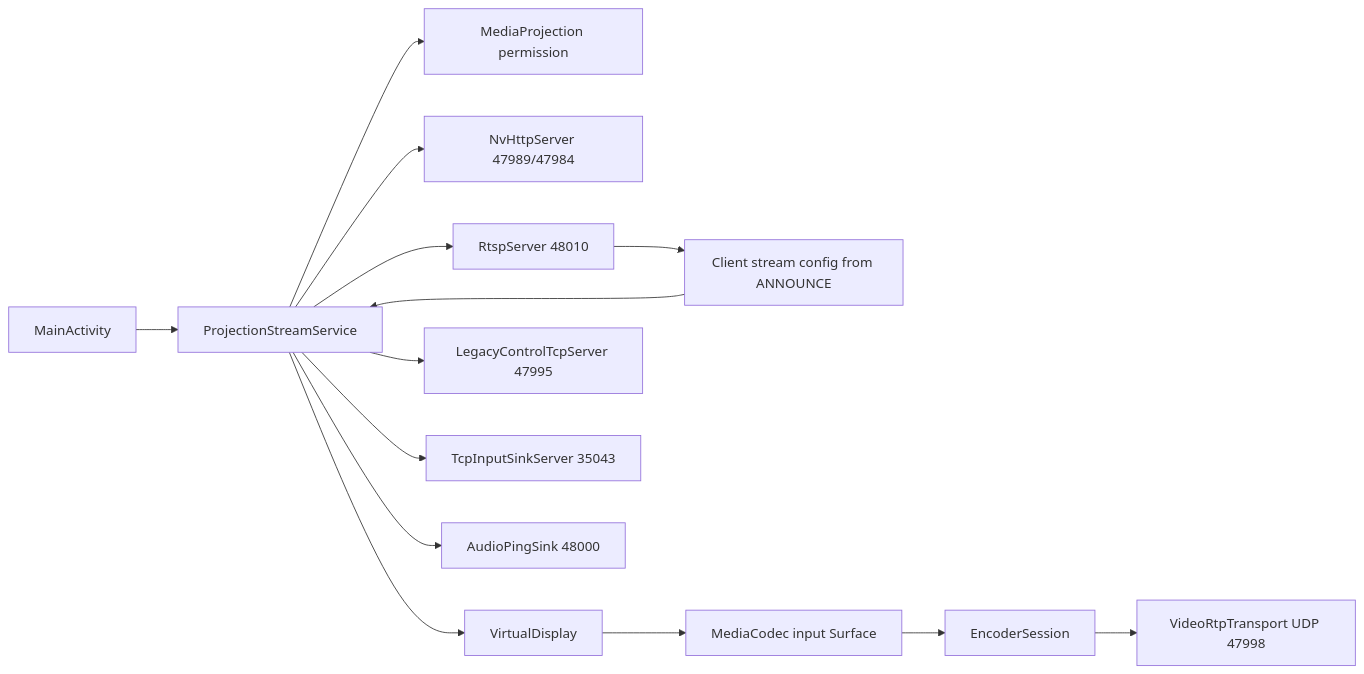
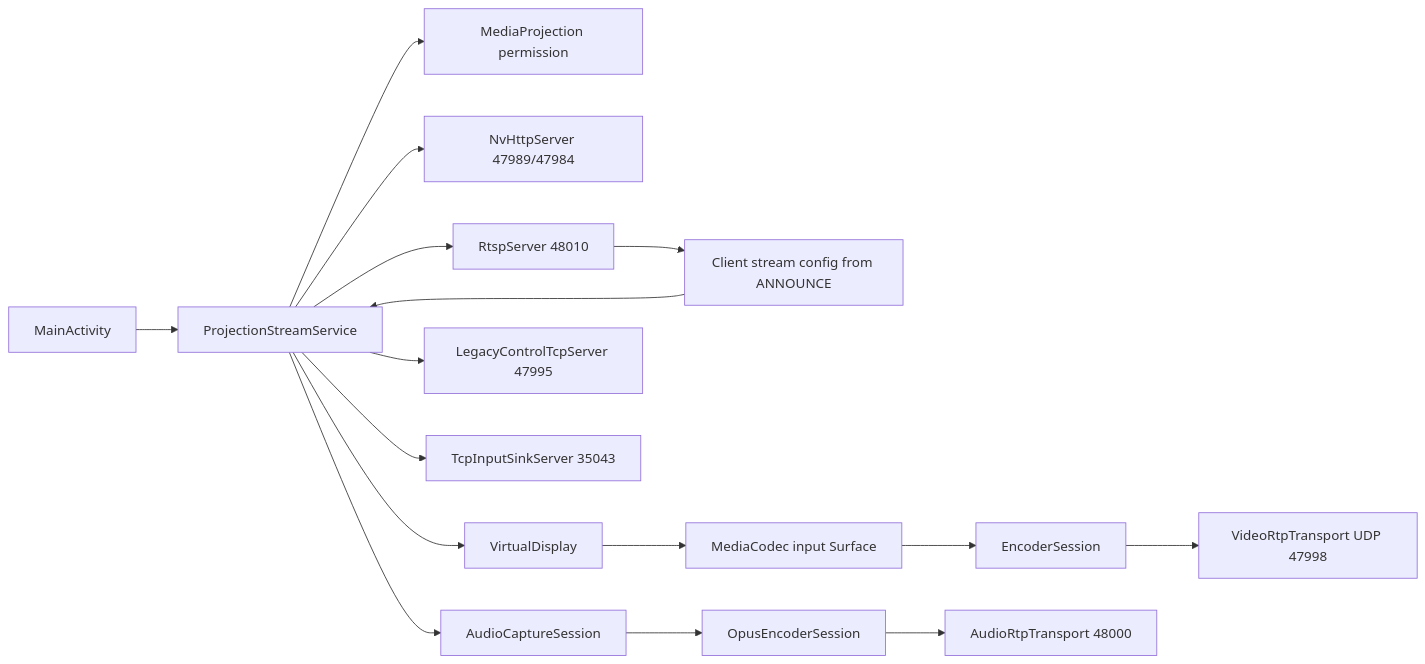
The diagram in docs/android-gamestream-server-plan.md (vairacing-tech/Solaris), drawn with Mermaid before and after one commit. The commit also changed other lines of this file and 11 other files, not shown here.

Commit message:
Add Opus RTP audio streaming

````diff
--- a/docs/android-gamestream-server-plan.md
+++ b/docs/android-gamestream-server-plan.md
@@ -152,16 +161,18 @@
 ```mermaid
 flowchart LR
   UI["MainActivity"] --> SVC["ProjectionStreamService"]
   SVC --> MP["MediaProjection permission"]
   SVC --> NV["NvHttpServer 47989/47984"]
   SVC --> RTSP["RtspServer 48010"]
   RTSP --> CFG["Client stream config from ANNOUNCE"]
   CFG --> SVC
   SVC --> VD["VirtualDisplay"]
   VD --> SURF["MediaCodec input Surface"]
   SURF --> ENC["EncoderSession"]
   ENC --> RTP["VideoRtpTransport UDP 47998"]
   SVC --> CTRL["LegacyControlTcpServer 47995"]
   SVC --> IN["TcpInputSinkServer 35043"]
-  SVC --> AUD["AudioPingSink 48000"]
+  SVC --> ACAP["AudioCaptureSession"]
+  ACAP --> OPUS["OpusEncoderSession"]
+  OPUS --> AUD["AudioRtpTransport 48000"]
 ```
````
